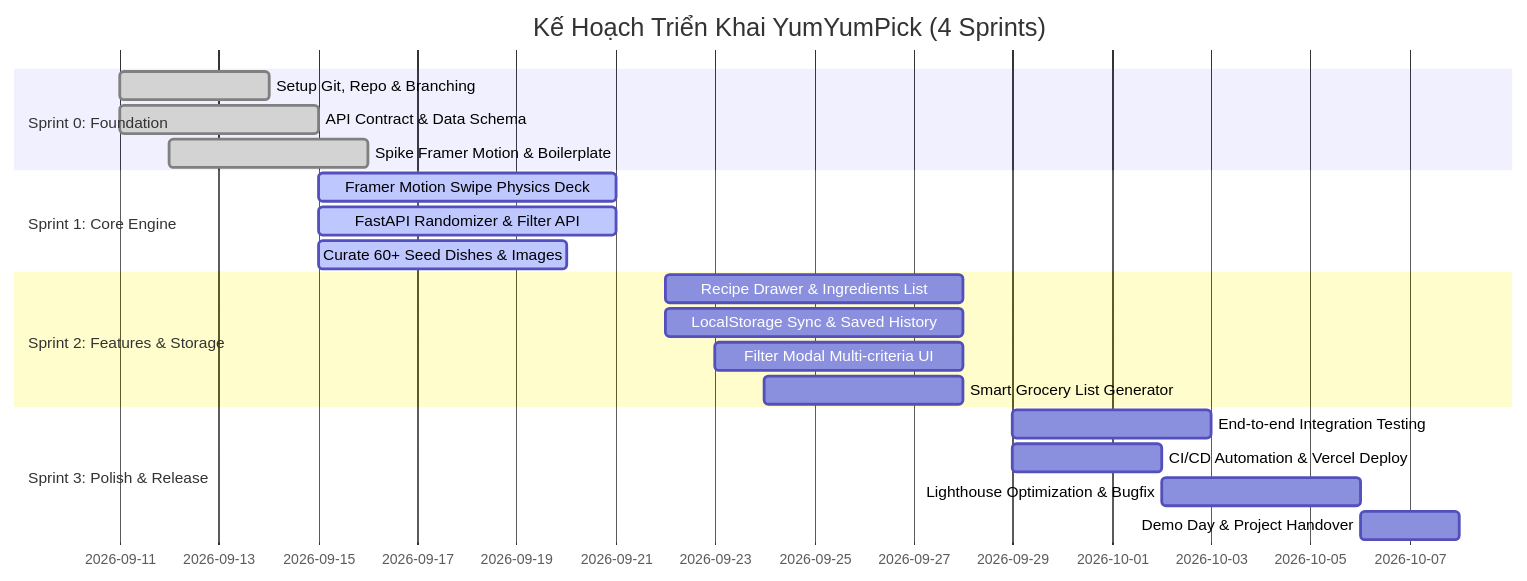
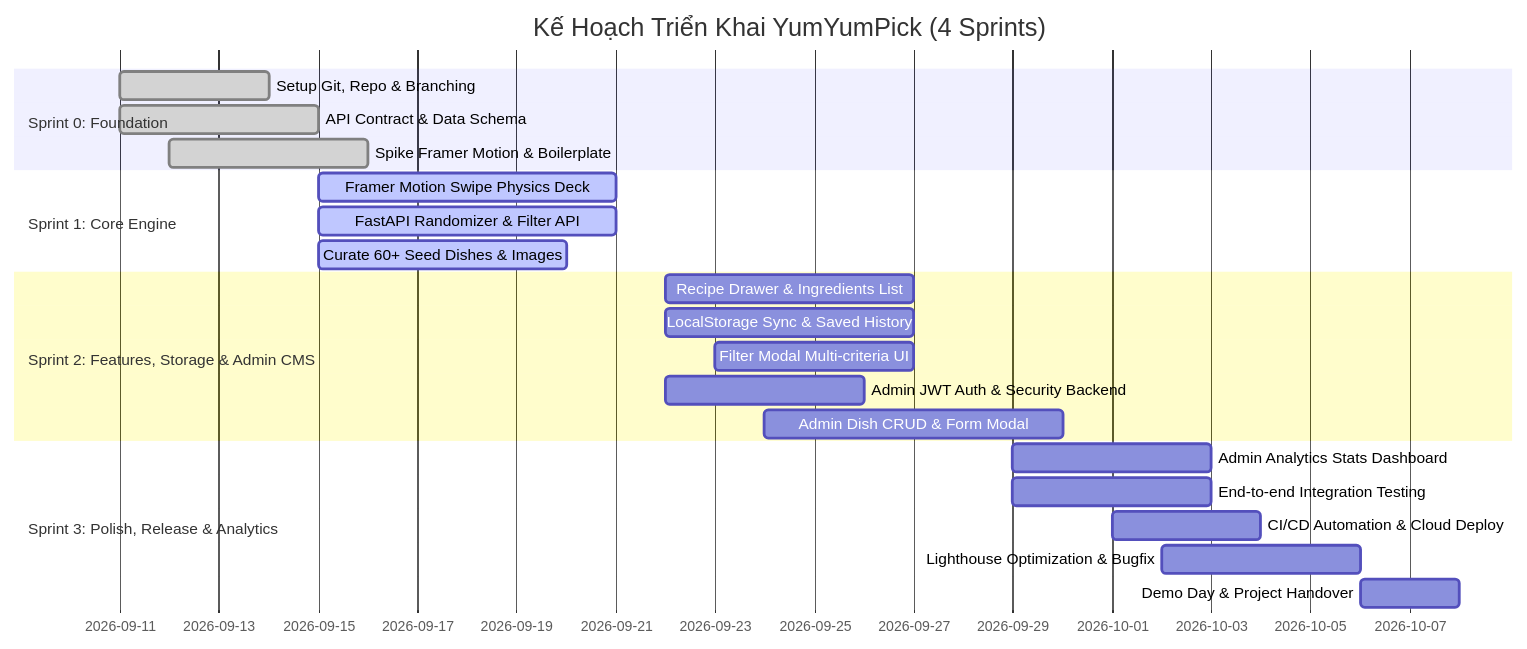
One commit to snowwminhduc1212/YumYumPick changed the diagram in docs/06_SPRINT_ROADMAP_AND_TODO_PER_ROLE.md. Above: the diagram before and after it, drawn with Mermaid. The commit also changed other lines of this file and 9 other files, not shown here.

````diff
--- a/docs/06_SPRINT_ROADMAP_AND_TODO_PER_ROLE.md
+++ b/docs/06_SPRINT_ROADMAP_AND_TODO_PER_ROLE.md
@@ -9,23 +9,25 @@
 ```mermaid
 gantt
     title Kế Hoạch Triển Khai YumYumPick (4 Sprints)
     dateFormat  YYYY-MM-DD
     section Sprint 0: Foundation
     Setup Git, Repo & Branching        :done, s0_1, 2026-09-11, 3d
     API Contract & Data Schema         :done, s0_2, 2026-09-11, 4d
     Spike Framer Motion & Boilerplate  :done, s0_3, 2026-09-12, 4d
     section Sprint 1: Core Engine
     Framer Motion Swipe Physics Deck   :active, s1_1, 2026-09-15, 6d
     FastAPI Randomizer & Filter API    :active, s1_2, 2026-09-15, 6d
     Curate 60+ Seed Dishes & Images    :active, s1_3, 2026-09-15, 5d
-    section Sprint 2: Features & Storage
-    Recipe Drawer & Ingredients List   :s2_1, 2026-09-22, 6d
-    LocalStorage Sync & Saved History  :s2_2, 2026-09-22, 6d
-    Filter Modal Multi-criteria UI     :s2_3, 2026-09-23, 5d
-    Smart Grocery List Generator       :s2_4, 2026-09-24, 4d
-    section Sprint 3: Polish & Release
-    End-to-end Integration Testing    :s3_1, 2026-09-29, 4d
-    CI/CD Automation & Vercel Deploy   :s3_2, 2026-09-29, 3d
-    Lighthouse Optimization & Bugfix   :s3_3, 2026-10-02, 4d
-    Demo Day & Project Handover        :s3_4, 2026-10-06, 2d
+    section Sprint 2: Features, Storage & Admin CMS
+    Recipe Drawer & Ingredients List   :s2_1, 2026-09-22, 5d
+    LocalStorage Sync & Saved History  :s2_2, 2026-09-22, 5d
+    Filter Modal Multi-criteria UI     :s2_3, 2026-09-23, 4d
+    Admin JWT Auth & Security Backend  :s2_4, 2026-09-22, 4d
+    Admin Dish CRUD & Form Modal       :s2_5, 2026-09-24, 6d
+    section Sprint 3: Polish, Release & Analytics
+    Admin Analytics Stats Dashboard    :s3_1, 2026-09-29, 4d
+    End-to-end Integration Testing    :s3_2, 2026-09-29, 4d
+    CI/CD Automation & Cloud Deploy    :s3_3, 2026-10-01, 3d
+    Lighthouse Optimization & Bugfix   :s3_4, 2026-10-02, 4d
+    Demo Day & Project Handover        :s3_5, 2026-10-06, 2d
 ```
````
